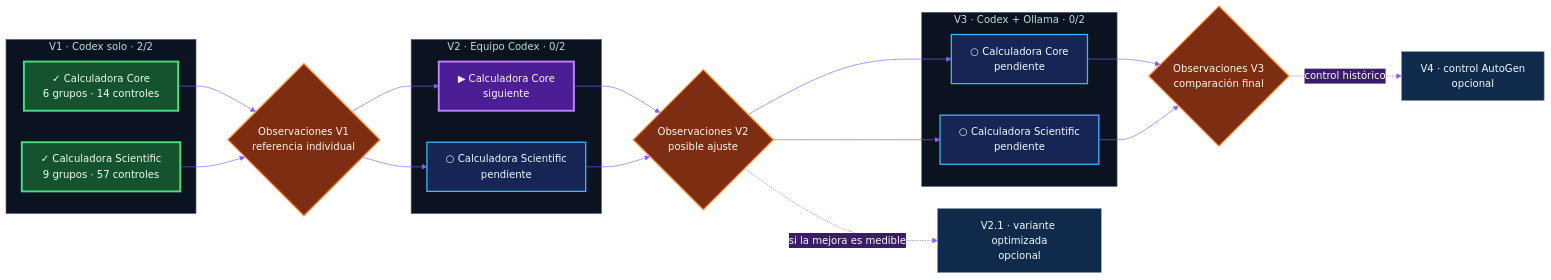
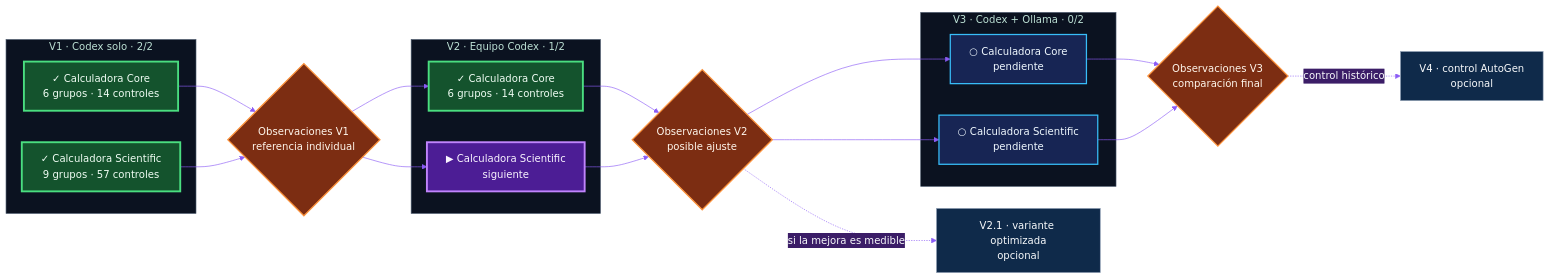
The diagram in README.es.md (ERICRAC/AgentBench-2026), drawn with Mermaid before and after one commit. The commit also changed other lines of this file and 15 other files, not shown here.

````diff
--- a/README.es.md
+++ b/README.es.md
@@ -38,44 +38,44 @@
 ```mermaid
 %%{init: {"theme": "base", "themeVariables": {
   "primaryColor": "#0f2a4a", "primaryTextColor": "#f8fafc",
   "primaryBorderColor": "#22d3ee", "secondaryColor": "#3b1d67",
   "tertiaryColor": "#431f2b", "fontFamily": "system-ui",
   "lineColor": "#8b5cf6", "clusterBkg": "#0b1220",
   "clusterBorder": "#475569"
 }}}%%
 flowchart LR
     subgraph V1["V1 · Codex solo · 2/2"]
       V1C["✓ Calculadora Core<br/>6 grupos · 14 controles"]
       V1S["✓ Calculadora Scientific<br/>9 grupos · 57 controles"]
     end
     G1{"Observaciones V1<br/>referencia individual"}
-    subgraph V2["V2 · Equipo Codex · 0/2"]
-      V2C["▶ Calculadora Core<br/>siguiente"]
-      V2S["○ Calculadora Scientific<br/>pendiente"]
+    subgraph V2["V2 · Equipo Codex · 1/2"]
+      V2C["✓ Calculadora Core<br/>6 grupos · 14 controles"]
+      V2S["▶ Calculadora Scientific<br/>siguiente"]
     end
     G2{"Observaciones V2<br/>posible ajuste"}
     V21["V2.1 · variante optimizada<br/>opcional"]
     subgraph V3["V3 · Codex + Ollama · 0/2"]
       V3C["○ Calculadora Core<br/>pendiente"]
       V3S["○ Calculadora Scientific<br/>pendiente"]
     end
     G3{"Observaciones V3<br/>comparación final"}
     V4["V4 · control AutoGen<br/>opcional"]
     V1C & V1S --> G1
     G1 --> V2C & V2S
     V2C & V2S --> G2
     G2 -. "si la mejora es medible" .-> V21
     G2 --> V3C & V3S
     V3C & V3S --> G3
     G3 -. "control histórico" .-> V4
     classDef done fill:#14532d,stroke:#4ade80,color:#f0fdf4,stroke-width:3px;
     classDef next fill:#4c1d95,stroke:#c084fc,color:#faf5ff,stroke-width:3px;
     classDef todo fill:#172554,stroke:#38bdf8,color:#f0f9ff,stroke-width:2px;
     classDef gate fill:#7c2d12,stroke:#fb923c,color:#fff7ed,stroke-width:2px;
     classDef optional fill:#0f2a4a,stroke:#94a3b8,color:#f8fafc;
-    class V1C,V1S done;
-    class V2C next;
-    class V2S,V3C,V3S todo;
+    class V1C,V1S,V2C done;
+    class V2S next;
+    class V3C,V3S todo;
     class G1,G2,G3 gate;
     class V21,V4 optional;
 ```
````
